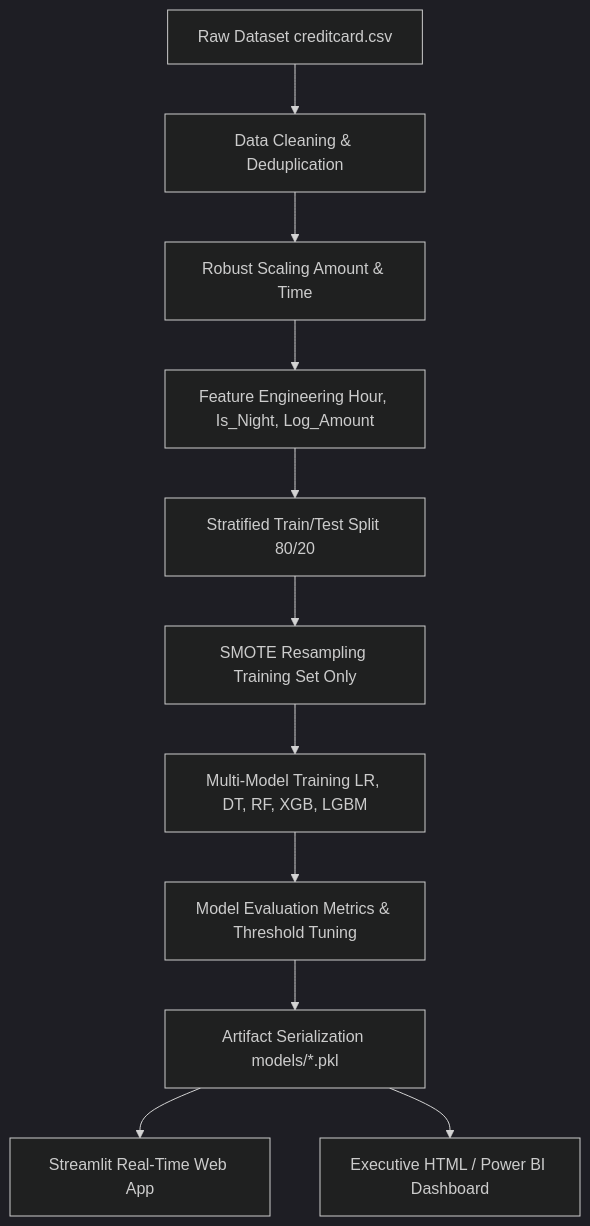
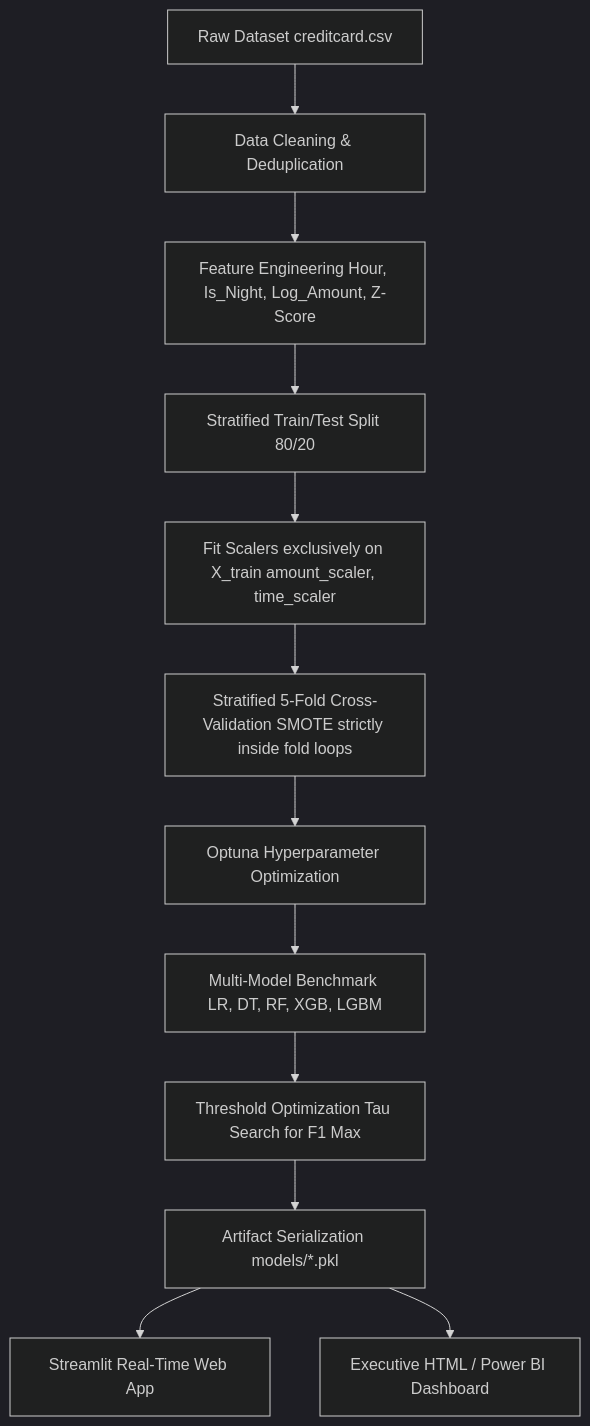
Before and after one commit to the-irritater/Credit-Card-Fraud-Detection: the diagram in README.md, drawn with Mermaid (dark theme). The commit also changed other lines of this file and 28 other files, not shown here.

Commit message:
Refactor ML pipeline into modular src/ package with 5-fold CV, separate scalers, SHAP, and threshold search

````diff
--- a/README.md
+++ b/README.md
@@ -77,13 +81,14 @@
 ```mermaid
 graph TD
     A[Raw Dataset creditcard.csv] --> B[Data Cleaning & Deduplication]
-    B --> C[Robust Scaling Amount & Time]
-    C --> D[Feature Engineering Hour, Is_Night, Log_Amount]
-    D --> E[Stratified Train/Test Split 80/20]
-    E --> F[SMOTE Resampling Training Set Only]
-    F --> G[Multi-Model Training LR, DT, RF, XGB, LGBM]
-    G --> H[Model Evaluation Metrics & Threshold Tuning]
-    H --> I[Artifact Serialization models/*.pkl]
-    I --> J[Streamlit Real-Time Web App]
-    I --> K[Executive HTML / Power BI Dashboard]
+    B --> C[Feature Engineering Hour, Is_Night, Log_Amount, Z-Score]
+    C --> D[Stratified Train/Test Split 80/20]
+    D --> E[Fit Scalers exclusively on X_train amount_scaler, time_scaler]
+    E --> F[Stratified 5-Fold Cross-Validation SMOTE strictly inside fold loops]
+    F --> G[Optuna Hyperparameter Optimization]
+    G --> H[Multi-Model Benchmark LR, DT, RF, XGB, LGBM]
+    H --> I[Threshold Optimization Tau Search for F1 Max]
+    I --> J[Artifact Serialization models/*.pkl]
+    J --> K[Streamlit Real-Time Web App]
+    J --> L[Executive HTML / Power BI Dashboard]
 ```
````
